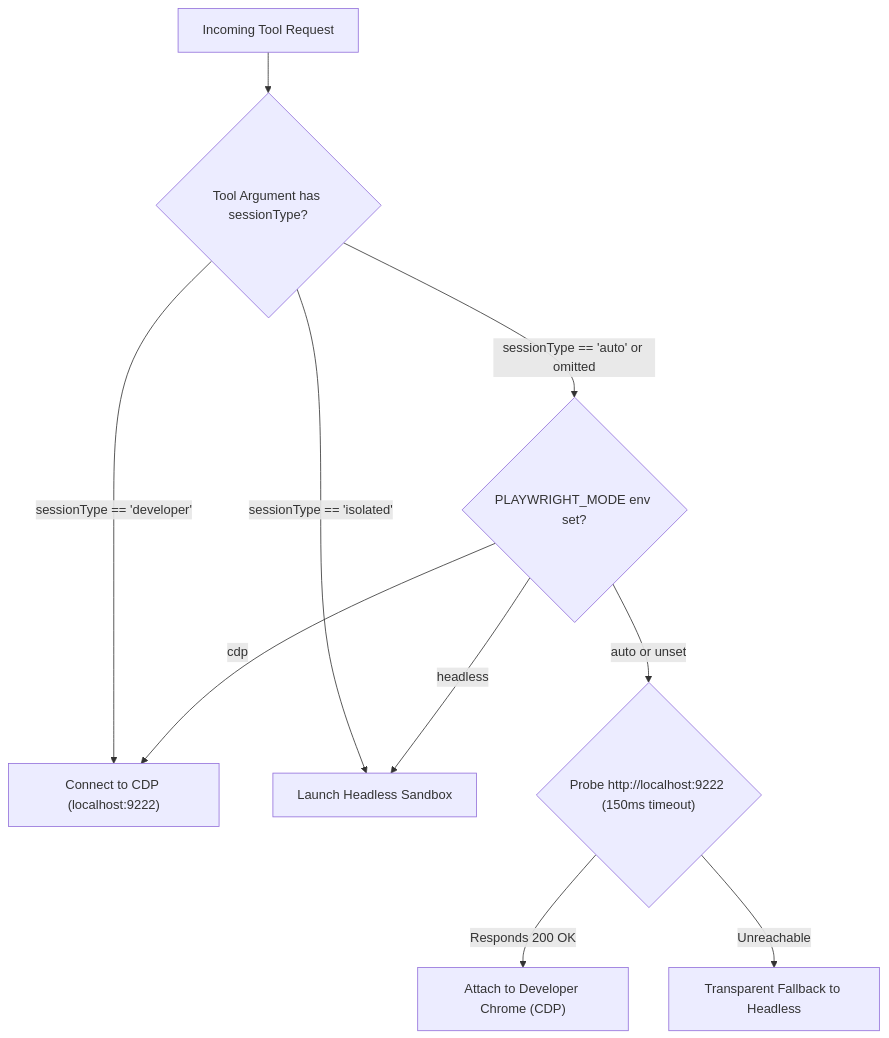
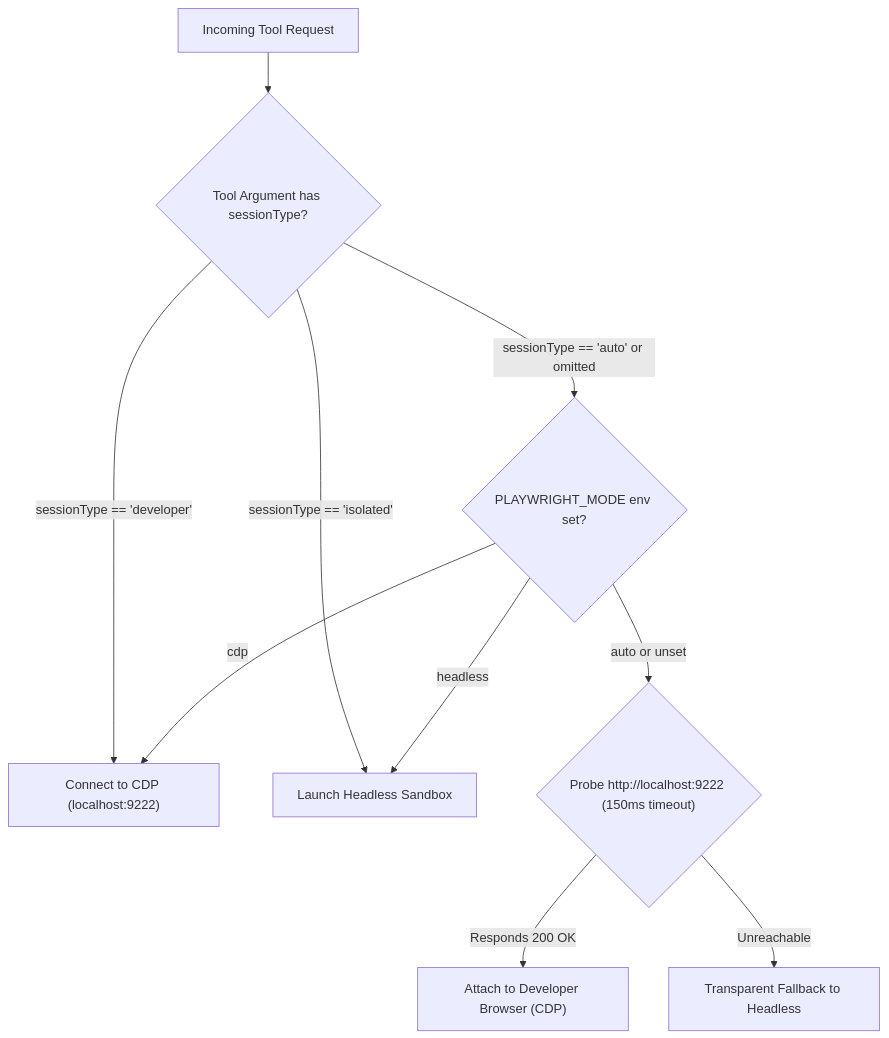
One commit to tupynambalucas-dev/agent-mesh changed the third of 3 diagrams in references/playwright-in-house-mcp-architecture-and-dual-mode-spec.md. Above: the diagram before and after it, drawn with Mermaid. The commit also changed other lines of this file and 1 other file, not shown here.

Commit message:
docs(playwright): add vivaldi cdp integration and browser ecosystem evaluation

````diff
--- a/references/playwright-in-house-mcp-architecture-and-dual-mode-spec.md
+++ b/references/playwright-in-house-mcp-architecture-and-dual-mode-spec.md
@@ -108,15 +204,15 @@
 ```mermaid
 graph TD
   Req["Incoming Tool Request"] --> ParamCheck{"Tool Argument has sessionType?"}
   
   ParamCheck -->|sessionType == 'developer'| ForceCDP["Connect to CDP (localhost:9222)"]
   ParamCheck -->|sessionType == 'isolated'| ForceHeadless["Launch Headless Sandbox"]
   ParamCheck -->|sessionType == 'auto' or omitted| EnvCheck{"PLAYWRIGHT_MODE env set?"}
 
   EnvCheck -->|cdp| ForceCDP
   EnvCheck -->|headless| ForceHeadless
   EnvCheck -->|auto or unset| ProbeCDP{"Probe http://localhost:9222 (150ms timeout)"}
 
-  ProbeCDP -->|Responds 200 OK| AttachCDP["Attach to Developer Chrome (CDP)"]
+  ProbeCDP -->|Responds 200 OK| AttachCDP["Attach to Developer Browser (CDP)"]
   ProbeCDP -->|Unreachable| FallbackHeadless["Transparent Fallback to Headless"]
 ```
````
